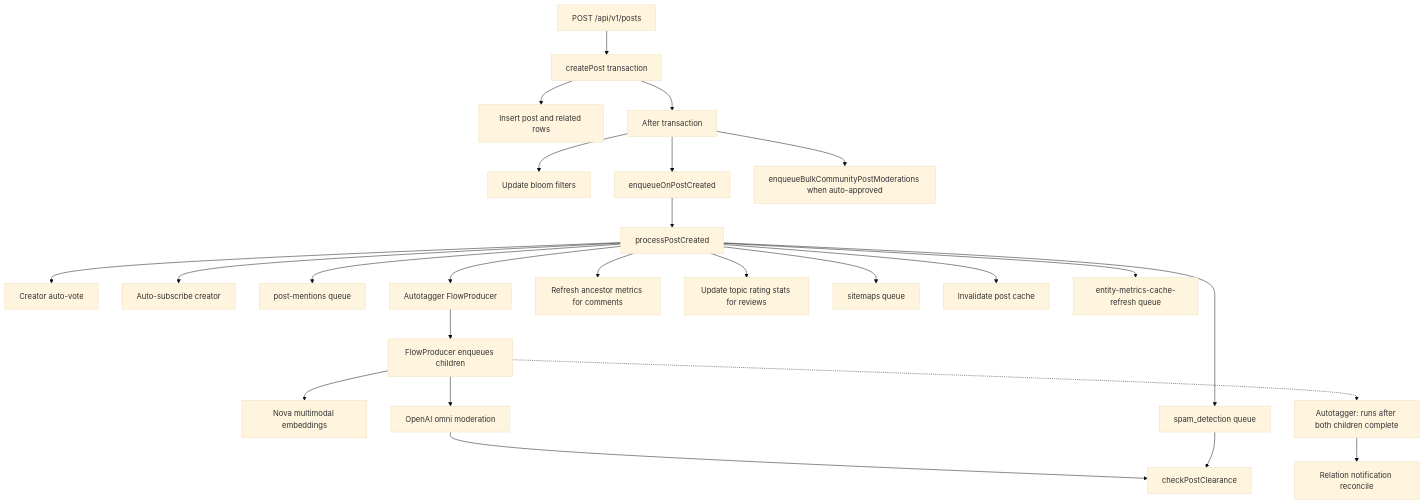
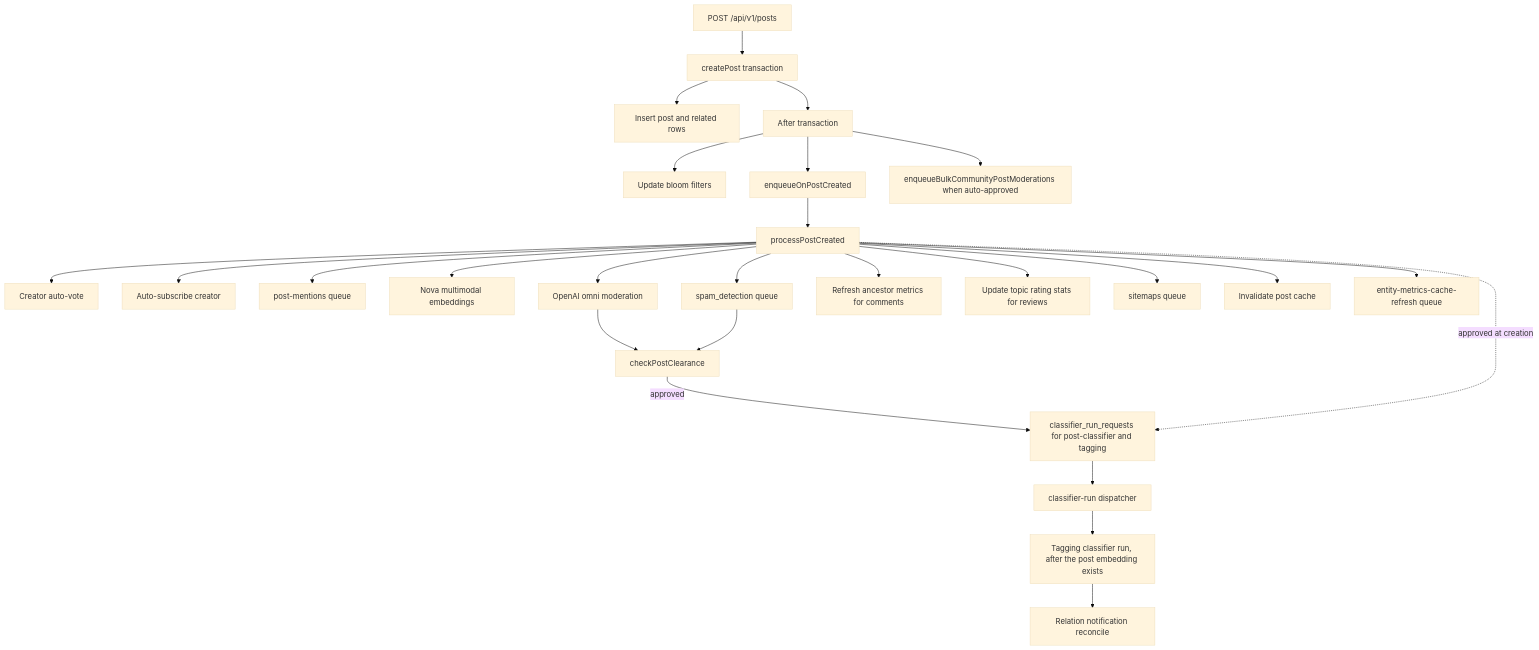
One commit to vouchington/vouchington changed the first of 2 diagrams in docs/overview/architecture/reference-post-lifecycle-post-creation-pipeline.md. Above: the diagram before and after it, drawn with Mermaid (base theme). The commit also changed 39 other files, not shown here.

First line of the commit message:
refactor(flows): remove the flows layer and document the C6 lifecycle move

````diff
--- a/docs/overview/architecture/reference-post-lifecycle-post-creation-pipeline.md
+++ b/docs/overview/architecture/reference-post-lifecycle-post-creation-pipeline.md
@@ -7,27 +7,28 @@
 ```mermaid
 flowchart TD
   route[POST /api/v1/posts] --> create[createPost transaction]
   create --> post[Insert post and related rows]
   create --> after[After transaction]
   after --> bloom[Update bloom filters]
   after --> created[enqueueOnPostCreated]
   after --> community[enqueueBulkCommunityPostModerations when auto-approved]
   created --> listener[processPostCreated]
   listener --> votes[Creator auto-vote]
   listener --> subscribe[Auto-subscribe creator]
   listener --> mentions[post-mentions queue]
-  listener --> flow[Autotagger FlowProducer]
-  flow --> children["FlowProducer enqueues children"]
-  children --> embeddings[Nova multimodal embeddings]
-  children --> omni[OpenAI omni moderation]
+  listener --> embeddings[Nova multimodal embeddings]
+  listener --> omni[OpenAI omni moderation]
   omni --> clearance[checkPostClearance]
-  children -.-> autotagger[Autotagger: runs after both children complete]
-  autotagger --> relationNotify[Relation notification reconcile]
+  clearance -->|approved| request[classifier_run_requests for post-classifier and tagging]
+  listener -.->|approved at creation| request
+  request --> dispatch[classifier-run dispatcher]
+  dispatch --> tagging[Tagging classifier run, after the post embedding exists]
+  tagging --> relationNotify[Relation notification reconcile]
   listener --> spam[spam_detection queue]
   spam --> clearance
   listener --> comments[Refresh ancestor metrics for comments]
   listener --> reviews[Update topic rating stats for reviews]
   listener --> sitemap[sitemaps queue]
   listener --> cache[Invalidate post cache]
   listener --> metrics[entity-metrics-cache-refresh queue]
 ```
````
